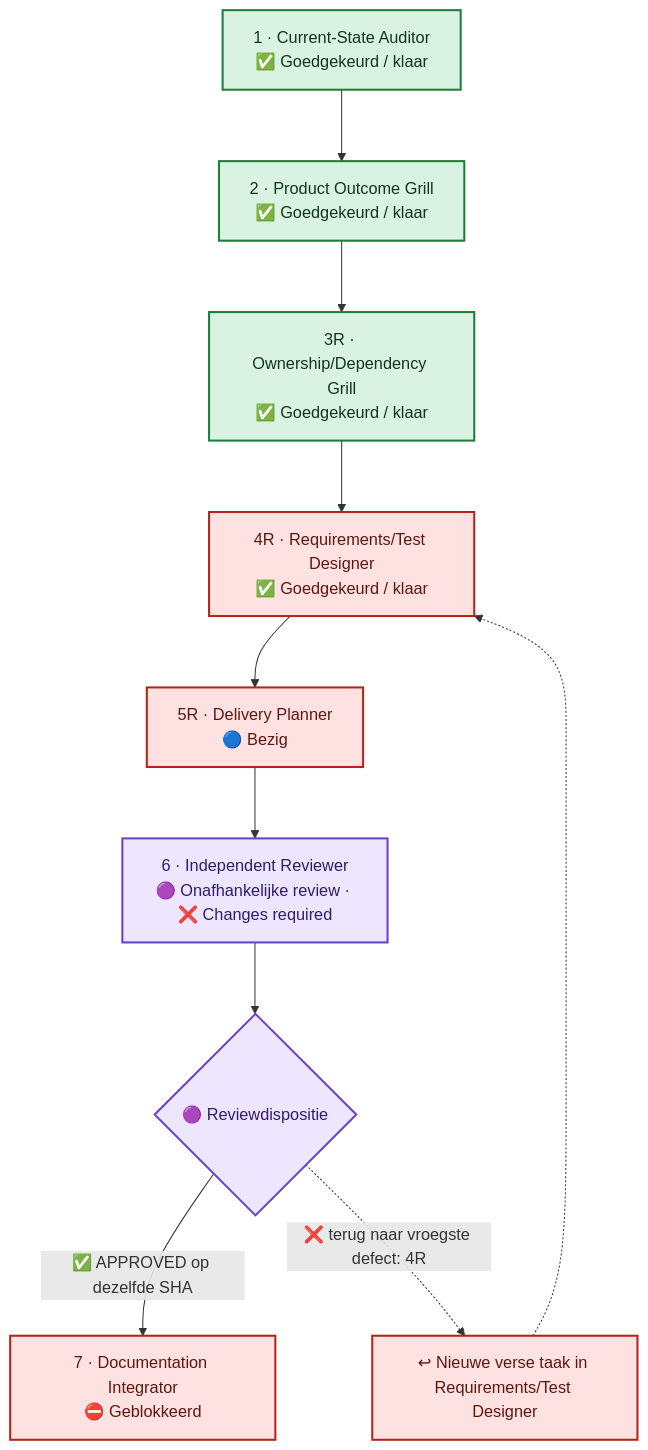
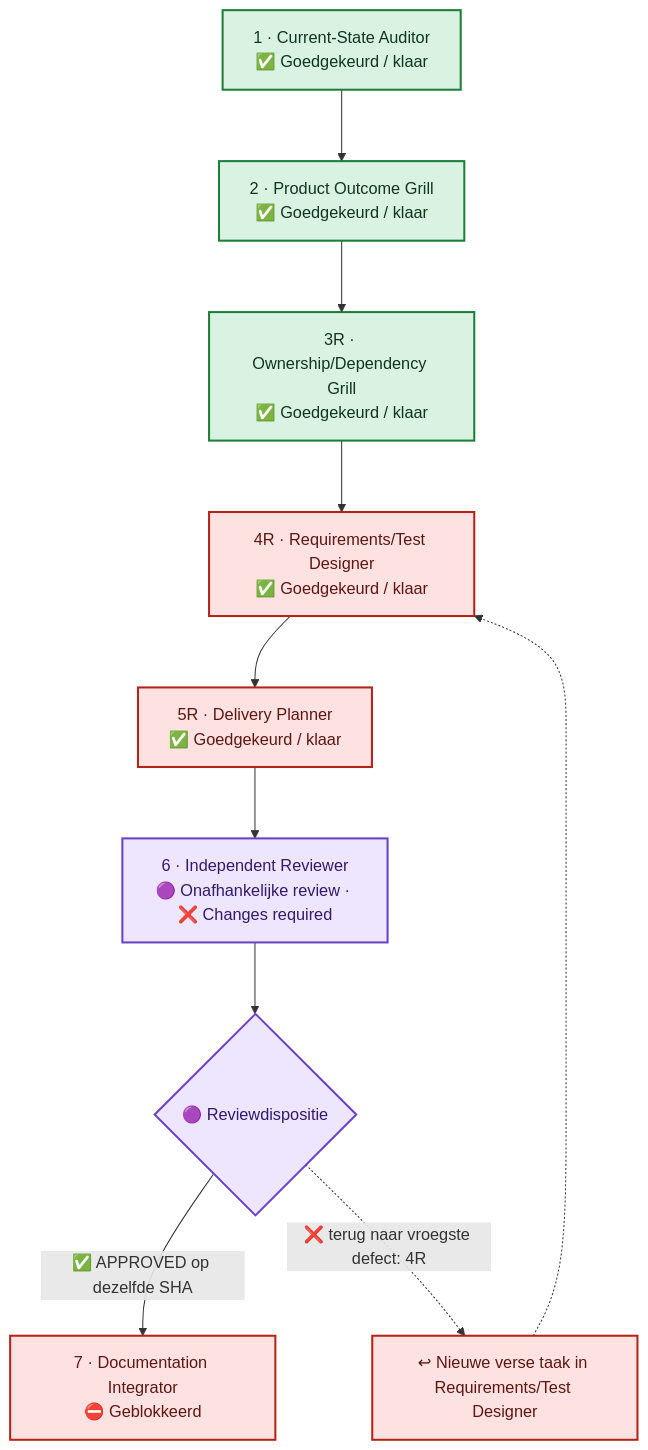
Before and after one commit to Jandesch91/n1-bioforge-requirements-cockpit: the first of 2 diagrams in README.md, drawn with Mermaid. The commit also changed other lines of this file and 4 other files, not shown here.

````diff
--- a/README.md
+++ b/README.md
@@ -19,26 +19,26 @@
 ```mermaid
 %%{init: {"flowchart": {"curve": "basis", "nodeSpacing": 60, "rankSpacing": 70, "htmlLabels": true}}}%%
 flowchart TB
     %% A vertical main lane prevents crossing arrows. The review return uses one side lane.
     phase_1["1 · Current-State Auditor<br/>✅ Goedgekeurd / klaar"]
     phase_2["2 · Product Outcome Grill<br/>✅ Goedgekeurd / klaar"]
     phase_3r["3R · Ownership/Dependency Grill<br/>✅ Goedgekeurd / klaar"]
     phase_4r["4R · Requirements/Test Designer<br/>✅ Goedgekeurd / klaar"]
-    phase_5r["5R · Delivery Planner<br/>🔵 Bezig"]
+    phase_5r["5R · Delivery Planner<br/>✅ Goedgekeurd / klaar"]
     phase_6["6 · Independent Reviewer<br/>🟣 Onafhankelijke review · ❌ Changes required"]
     phase_7["7 · Documentation Integrator<br/>⛔ Geblokkeerd"]
     phase_1 --> phase_2 --> phase_3r --> phase_4r --> phase_5r --> phase_6
     review_decision{"🟣 Reviewdispositie"}
     phase_6 --> review_decision
     review_decision -->|"✅ APPROVED op dezelfde SHA"| phase_7
     review_decision -.->|"❌ terug naar vroegste defect: 4R"| return_lane["↩ Nieuwe verse taak in Requirements/Test Designer"]
     return_lane -.-> phase_4r
     classDef approved fill:#D9F2E1,stroke:#1B7F3A,color:#12351D,stroke-width:2px
     classDef changes fill:#FDE2E1,stroke:#B42318,color:#5D1712,stroke-width:2px
     classDef blocked fill:#FDE2E1,stroke:#B42318,color:#5D1712,stroke-width:2px
     classDef review fill:#EEE5FF,stroke:#6941C6,color:#321B69,stroke-width:2px
     class phase_1,phase_2,phase_3r approved
     class phase_4r changes
     class phase_5r,phase_7,return_lane blocked
     class phase_6,review_decision review
 ```
````
